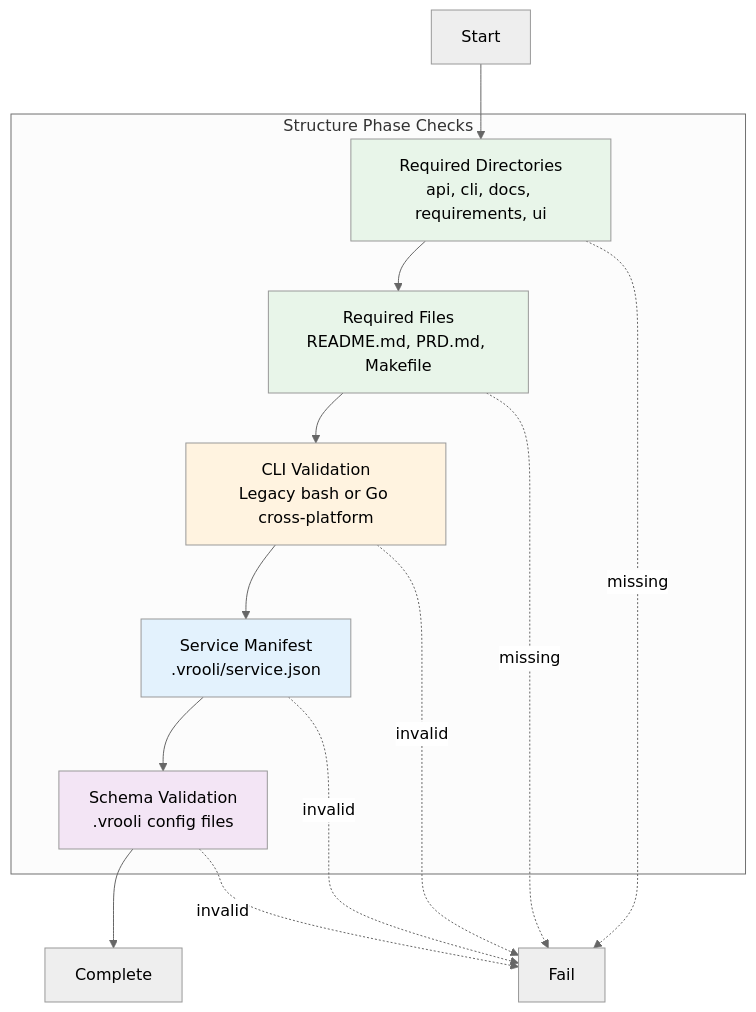
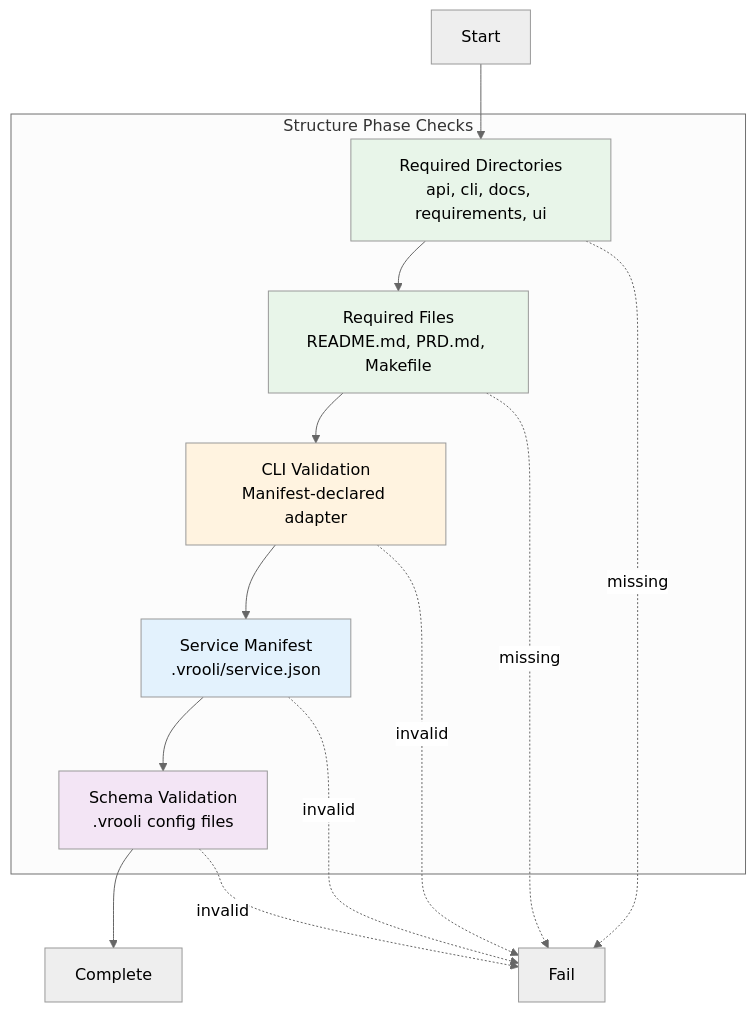
Before and after one commit to Vrooli/Vrooli: the diagram in scenarios/test-genie/docs/phases/structure/README.md, drawn with Mermaid (neutral theme). The commit also changed other lines of this file and 272 other files, not shown here.

Commit message:
cross-platform clis p1

````diff
--- a/scenarios/test-genie/docs/phases/structure/README.md
+++ b/scenarios/test-genie/docs/phases/structure/README.md
@@ -12,29 +12,29 @@
 ```mermaid
 graph TB
     subgraph "Structure Phase Checks"
         DIRS[Required Directories<br/>api, cli, docs, requirements, ui]
         FILES[Required Files<br/>README.md, PRD.md, Makefile]
-        CLI[CLI Validation<br/>Legacy bash or Go cross-platform]
+        CLI[CLI Validation<br/>Manifest-declared adapter]
         MANIFEST[Service Manifest<br/>.vrooli/service.json]
         SCHEMA[Schema Validation<br/>.vrooli config files]
     end
 
     START[Start] --> DIRS
     DIRS --> FILES
     FILES --> CLI
     CLI --> MANIFEST
     MANIFEST --> SCHEMA
     SCHEMA --> DONE[Complete]
 
     DIRS -.->|missing| FAIL[Fail]
     FILES -.->|missing| FAIL
     CLI -.->|invalid| FAIL
     MANIFEST -.->|invalid| FAIL
     SCHEMA -.->|invalid| FAIL
 
     style DIRS fill:#e8f5e9
     style FILES fill:#e8f5e9
     style CLI fill:#fff3e0
     style MANIFEST fill:#e3f2fd
     style SCHEMA fill:#f3e5f5
 ```
````
